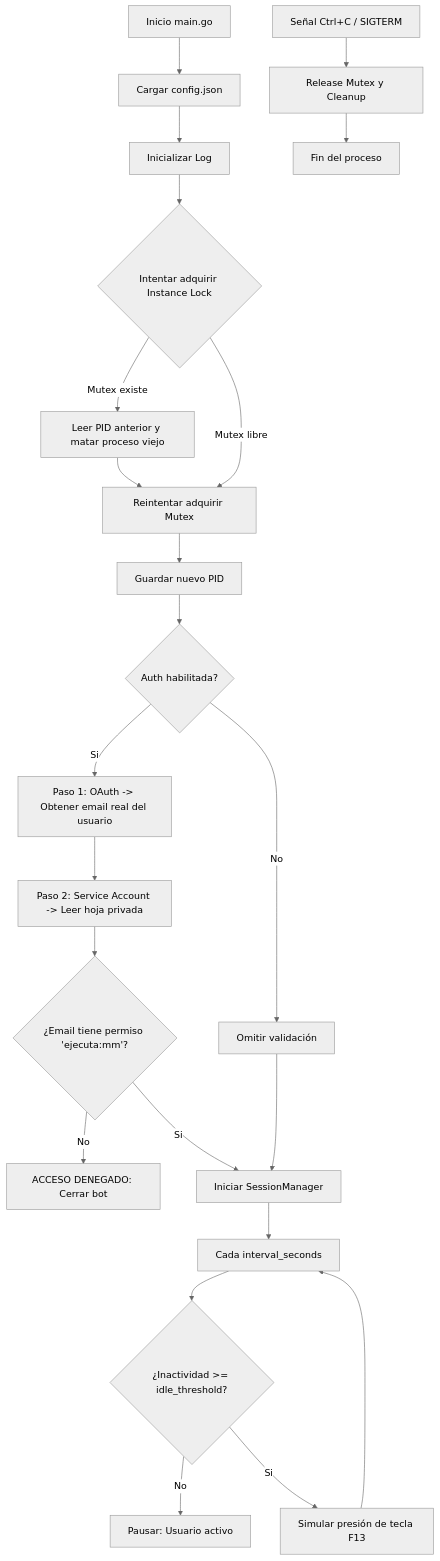
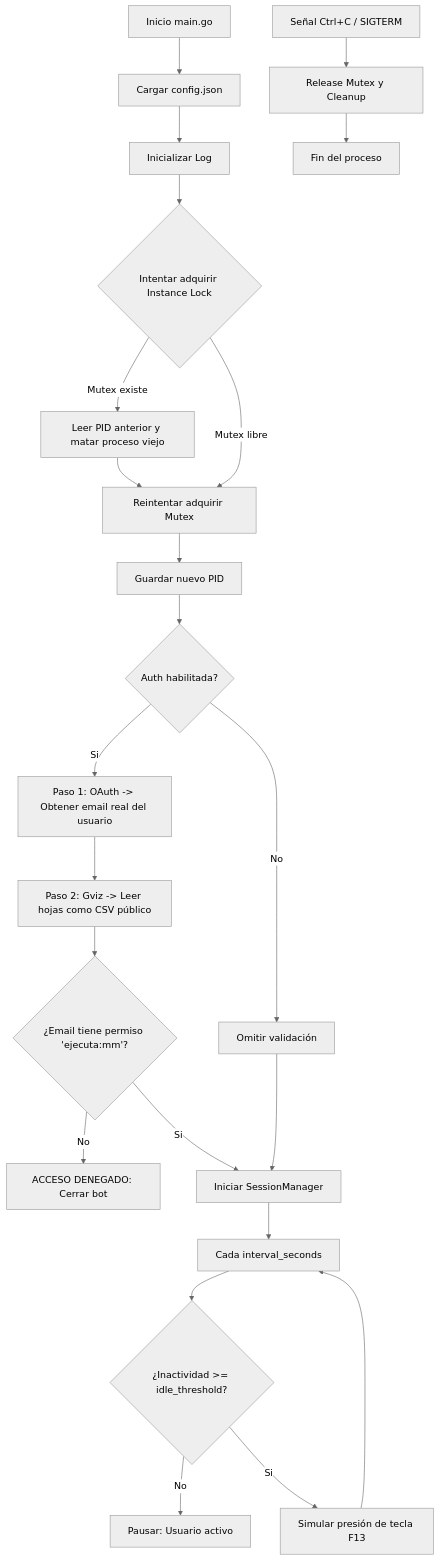
One commit to MartinCiro/mini_move_mouse changed the diagram in README.md. Above: the diagram before and after it, drawn with Mermaid (neutral theme). The commit also changed other lines of this file and 5 other files, not shown here.

````diff
--- a/README.md
+++ b/README.md
@@ -118,25 +117,25 @@
 ```mermaid
 graph TD
     A[Inicio main.go] --> B[Cargar config.json]
     B --> C[Inicializar Log]
     C --> D{Intentar adquirir Instance Lock}
     D -->|Mutex existe| E[Leer PID anterior y matar proceso viejo]
     E --> F[Reintentar adquirir Mutex]
     D -->|Mutex libre| F
     F --> G[Guardar nuevo PID]
     G --> H{Auth habilitada?}
     H -->|No| I[Omitir validación]
     H -->|Si| J[Paso 1: OAuth -> Obtener email real del usuario]
-    J --> K[Paso 2: Service Account -> Leer hoja privada]
+    J --> K[Paso 2: Gviz -> Leer hojas como CSV público]
     K --> L{¿Email tiene permiso 'ejecuta:mm'?}
     L -->|No| M[ACCESO DENEGADO: Cerrar bot]
     L -->|Si| N[Iniciar SessionManager]
     I --> N
     N --> O[Cada interval_seconds]
     O --> P{¿Inactividad >= idle_threshold?}
     P -->|No| Q[Pausar: Usuario activo]
     P -->|Si| R[Simular presión de tecla F13]
     R --> O
     S[Señal Ctrl+C / SIGTERM] --> T[Release Mutex y Cleanup]
     T --> U[Fin del proceso]
 ```
````
